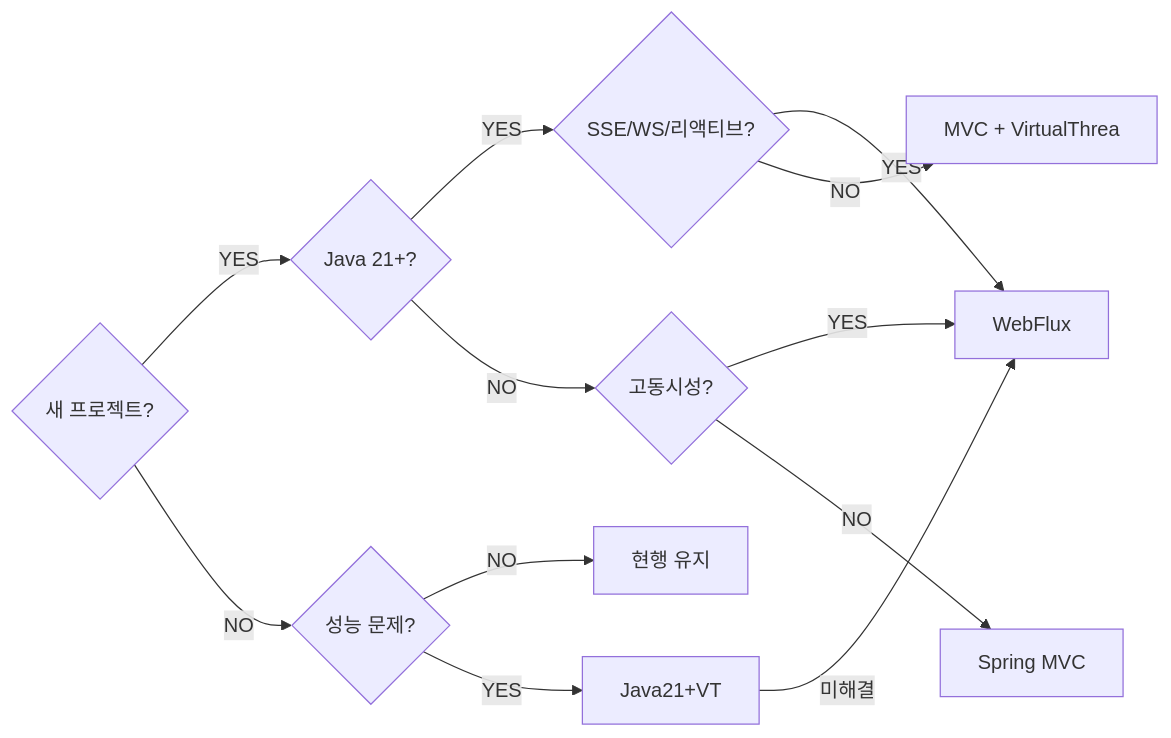
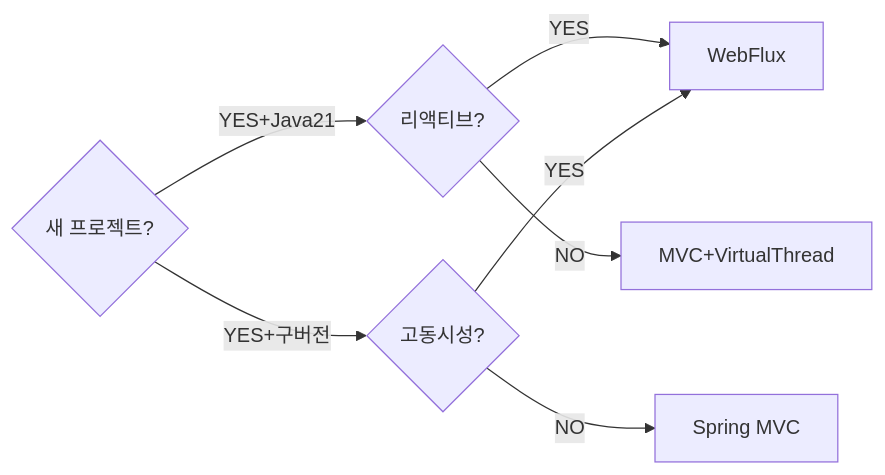
One commit to yjkim2015/yjkim2015.github.io changed the ninth of 9 diagrams in _posts/spring/2026-05-01-spring-webflux.md. Above: the diagram before and after it, drawn with Mermaid. The commit also changed other lines of this file and 163 other files, not shown here.

First line of the commit message:
Mermaid 300개 블록 내용 축소: 5노드 5엣지 이하, 의미 있는 약어

````diff
--- a/_posts/spring/2026-05-01-spring-webflux.md
+++ b/_posts/spring/2026-05-01-spring-webflux.md
@@ -1682,13 +1682,9 @@
 ```mermaid
 graph LR
-    A{"새 프로젝트?"} -->|YES| B{"Java 21+?"}
-    B -->|YES| C{"SSE/WS/리액티브?"}
-    C -->|YES| E["WebFlux"]
-    C -->|NO| D["MVC + VirtualThrea"]
-    B -->|NO| F{"고동시성?"}
+    A{"새 프로젝트?"} -->|YES+Java21| B{"리액티브?"}
+    B -->|YES| E["WebFlux"]
+    B -->|NO| D["MVC+VirtualThread"]
+    A -->|YES+구버전| F{"고동시성?"}
     F -->|YES| E
     F -->|NO| G["Spring MVC"]
-    A -->|NO| H{"성능 문제?"}
-    H -->|NO| I["현행 유지"]
-    H -->|YES| J["Java21+VT"] -->|미해결| E
 ```
````
